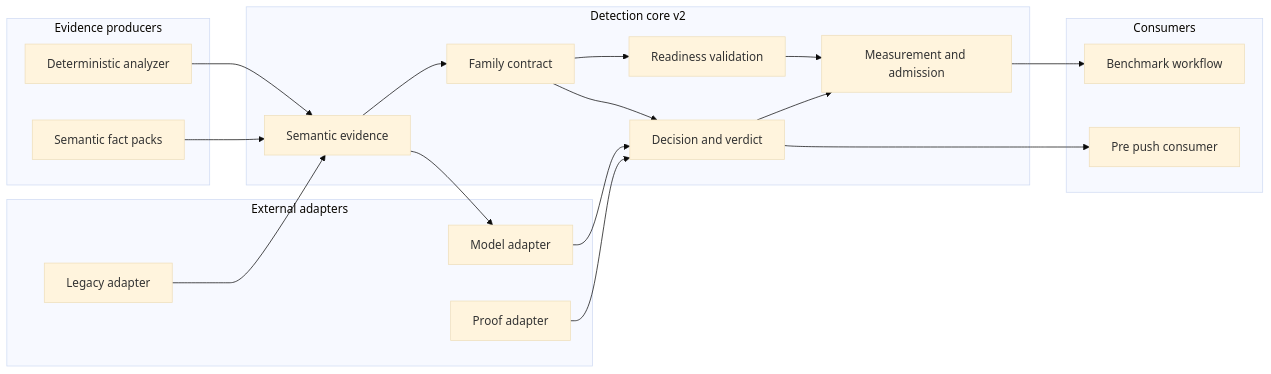
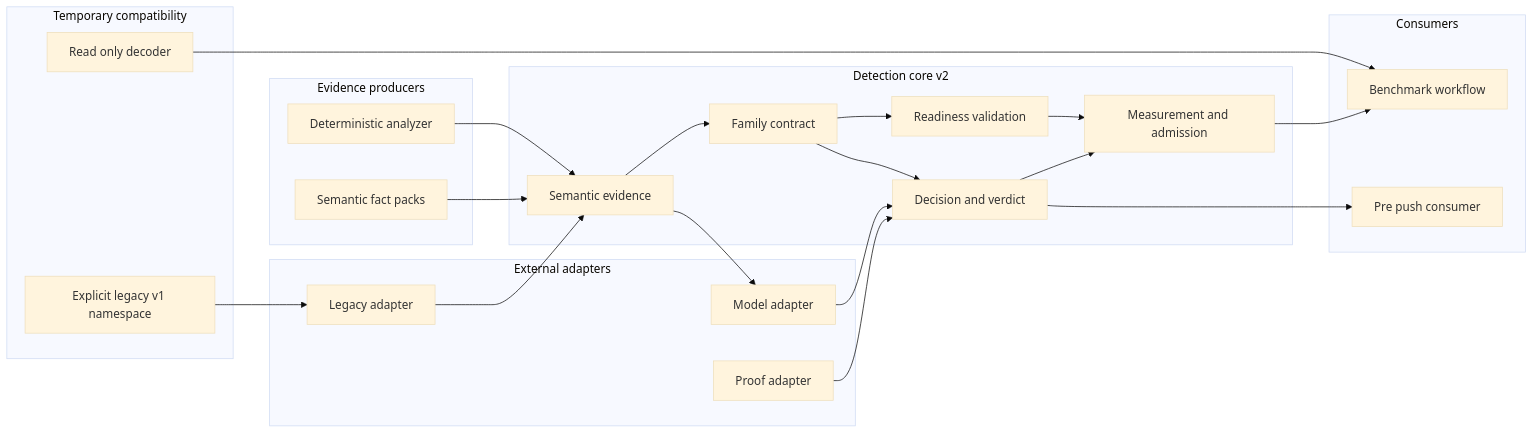
One commit to norandom/OpenUltraSAST changed the first of 5 diagrams in .kiro/specs/detection-core/design.md. Above: the diagram before and after it, drawn with Mermaid (base theme). The commit also changed other lines of this file and 3 other files, not shown here.

````diff
--- a/.kiro/specs/detection-core/design.md
+++ b/.kiro/specs/detection-core/design.md
@@ -134,37 +149,43 @@
 ```mermaid
 flowchart LR
     subgraph Producers[Evidence producers]
         Analyzer[Deterministic analyzer]
         Packs[Semantic fact packs]
     end
     subgraph Core[Detection core v2]
         Semantics[Semantic evidence]
         Family[Family contract]
         Readiness[Readiness validation]
         Decision[Decision and verdict]
         Admission[Measurement and admission]
     end
     subgraph Adapters[External adapters]
         ModelAdapter[Model adapter]
         ProofAdapter[Proof adapter]
         LegacyAdapter[Legacy adapter]
     end
+    subgraph Compatibility[Temporary compatibility]
+        LegacyV1[Explicit legacy v1 namespace]
+        LegacyRead[Read only decoder]
+    end
     subgraph Consumers[Consumers]
         Benchmark[Benchmark workflow]
         Push[Pre push consumer]
     end
 
     Analyzer --> Semantics
     Packs --> Semantics
     Semantics --> Family
     Family --> Readiness
     Family --> Decision
     Readiness --> Admission
     Decision --> Admission
     Semantics --> ModelAdapter
     ModelAdapter --> Decision
     ProofAdapter --> Decision
     LegacyAdapter --> Semantics
+    LegacyV1 --> LegacyAdapter
+    LegacyRead --> Benchmark
     Admission --> Benchmark
     Decision --> Push
 ```
````
